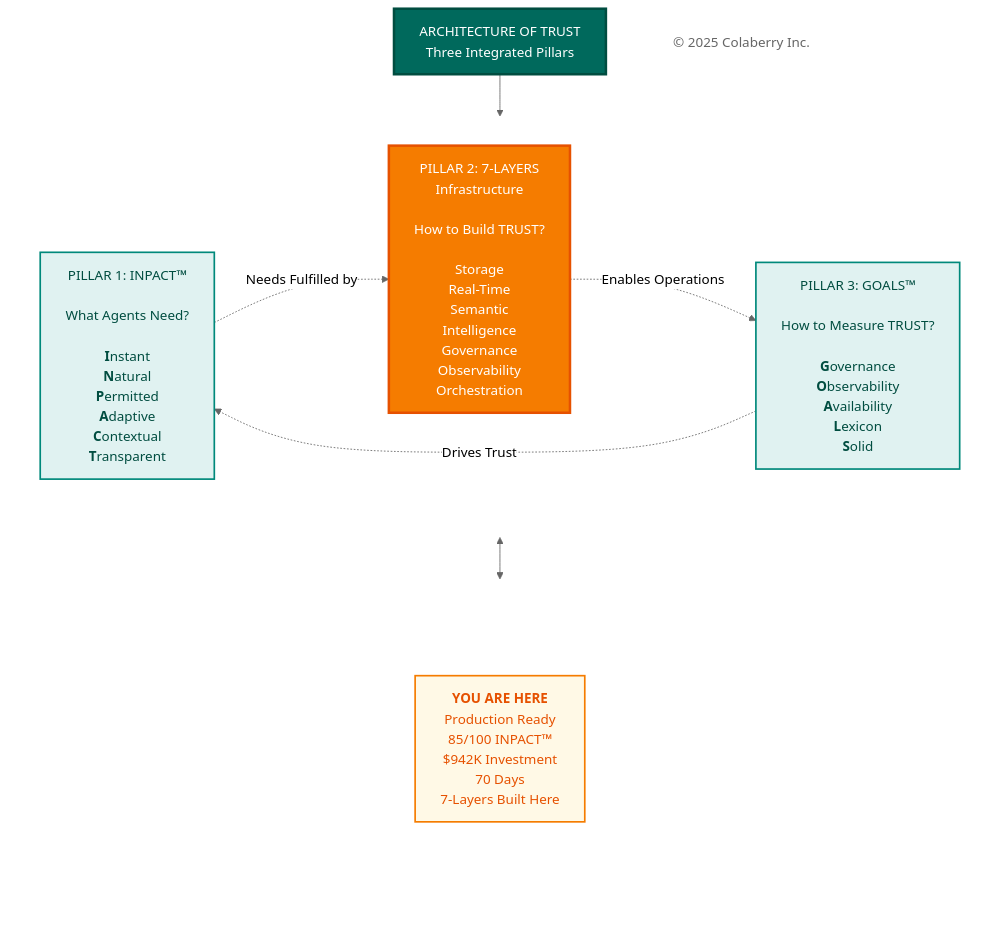
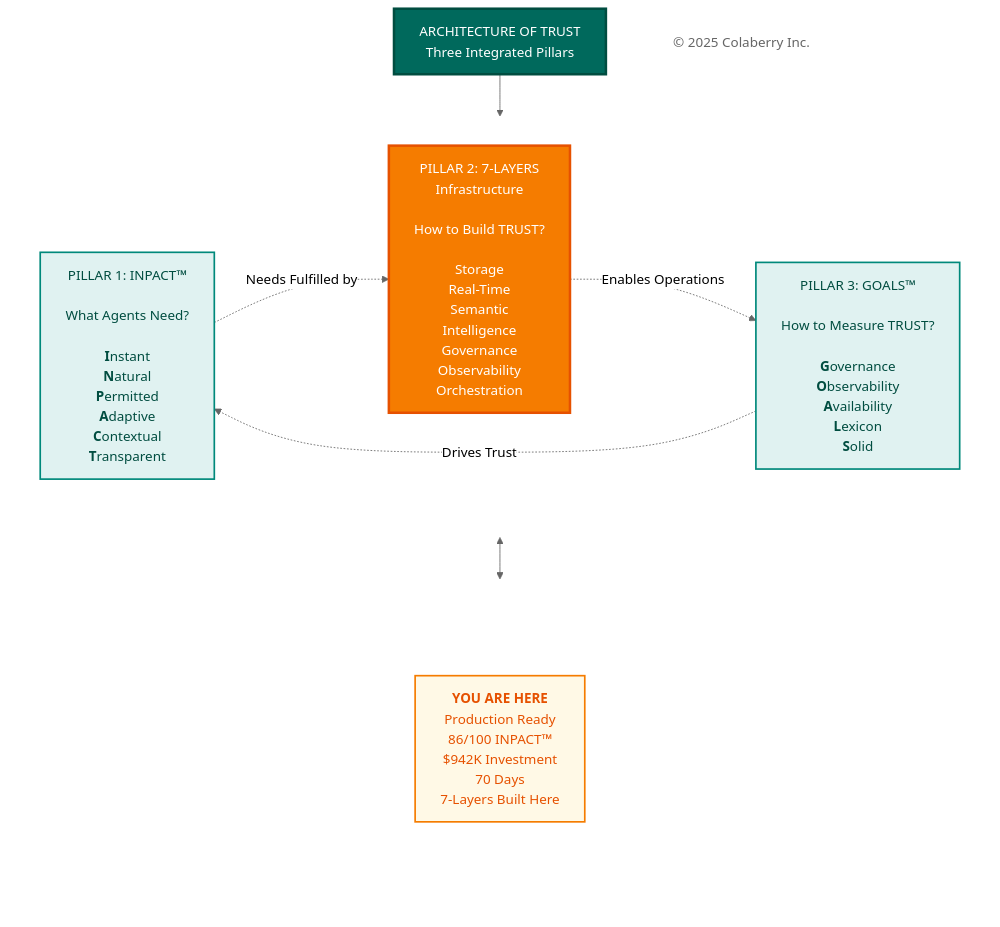
Before and after one commit to saitejesh-cyber/trust-before-intelligence-book: diagram 14 of 14 in manuscript/07_chapter_6_transparency_orchestration_layers.md, drawn with Mermaid (neutral theme). The commit also changed other lines of this file and 2 other files, not shown here.

````diff
--- a/manuscript/07_chapter_6_transparency_orchestration_layers.md
+++ b/manuscript/07_chapter_6_transparency_orchestration_layers.md
@@ -1283,46 +1278,46 @@
 ```mermaid
 
 
 
 
 graph TB
     Title["ARCHITECTURE OF TRUST<br/>Three Integrated Pillars"]
     
     subgraph PILLARS[" "]
         direction LR
         INPACT["`PILLAR 1: INPACT™<br/><br/>What Agents Need?<br/><br/>**I**nstant<br/>**N**atural<br/>**P**ermitted<br/>**A**daptive<br/>**C**ontextual<br/>**T**ransparent`"]
         
         Layers["PILLAR 2: 7-LAYERS<br/>Infrastructure<br/><br/>How to Build TRUST?<br/><br/>Storage<br/>Real-Time<br/>Semantic<br/>Intelligence<br/>Governance<br/>Observability<br/>Orchestration"]
         
         GOALS["`PILLAR 3: GOALS™<br/><br/>How to Measure TRUST?<br/><br/>**G**overnance<br/>**O**bservability<br/>**A**vailability<br/>**L**exicon<br/>**S**olid`"]
     end
     
     subgraph INDICATOR[" "]
         direction LR
         Spacer1[" "]
-        YouAreHere["<b>YOU ARE HERE</b><br/>Production Ready<br/>85/100 INPACT™<br/>$942K Investment<br/>70 Days <br/> 7-Layers Built Here"]
+        YouAreHere["<b>YOU ARE HERE</b><br/>Production Ready<br/>86/100 INPACT™<br/>$942K Investment<br/>70 Days <br/> 7-Layers Built Here"]
         Spacer2[" "]
     end
     
     Copyright["© 2025 Colaberry Inc."]
     
     Title --> PILLARS
     PILLARS <--> INDICATOR
     
     INPACT -.->|"Needs Fulfilled by"| Layers
     Layers -.->|"Enables Operations"| GOALS
     GOALS -.->|"Drives Trust"| INPACT
 
     style Title fill:#00695c,color:#ffffff,stroke:#004d40,stroke-width:3px
     style PILLARS fill:none,stroke:none
     style INDICATOR fill:none,stroke:none
     style INPACT fill:#e0f2f1,stroke:#00897b,stroke-width:2px,color:#004d40
     style Layers fill:#f57c00,stroke:#e65100,stroke-width:3px,color:#ffffff
     style GOALS fill:#e0f2f1,stroke:#00897b,stroke-width:2px,color:#004d40
     style Spacer1 fill:none,stroke:none,color:transparent
     style YouAreHere fill:#fff9e6,stroke:#f57c00,stroke-width:2px,color:#e65100
     style Spacer2 fill:none,stroke:none,color:transparent
     style Copyright fill:#ffffff,stroke:none,color:#666666
 
 
 ```
````
